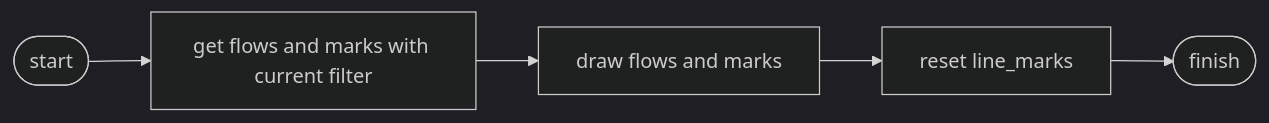
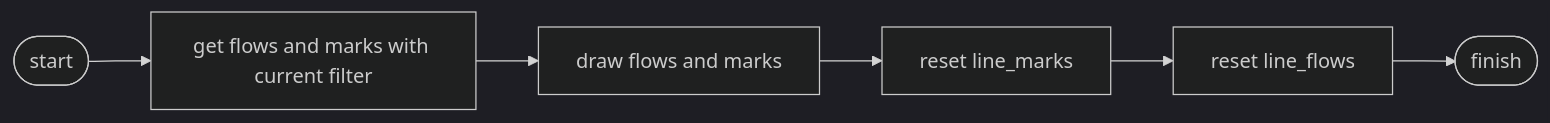
One commit to niuiic/track.nvim changed diagram 22 of 24 in DESIGN.md. Above: the diagram before and after it, drawn with Mermaid (dark theme). The commit also changed other lines of this file and 4 other files, not shown here.

Commit message:
feat: change flow order

````diff
--- a/DESIGN.md
+++ b/DESIGN.md
@@ -546,12 +565,14 @@
 ```mermaid
 flowchart LR
     start([start]) --> n1
 
     n1[get flows and marks with current filter] --> n2
 
     n2[draw flows and marks] --> n3
 
-    n3[reset line_marks] --> finish
+    n3[reset line_marks] --> n4
+
+    n4[reset line_flows] --> finish
 
     finish([finish])
 ```
````
